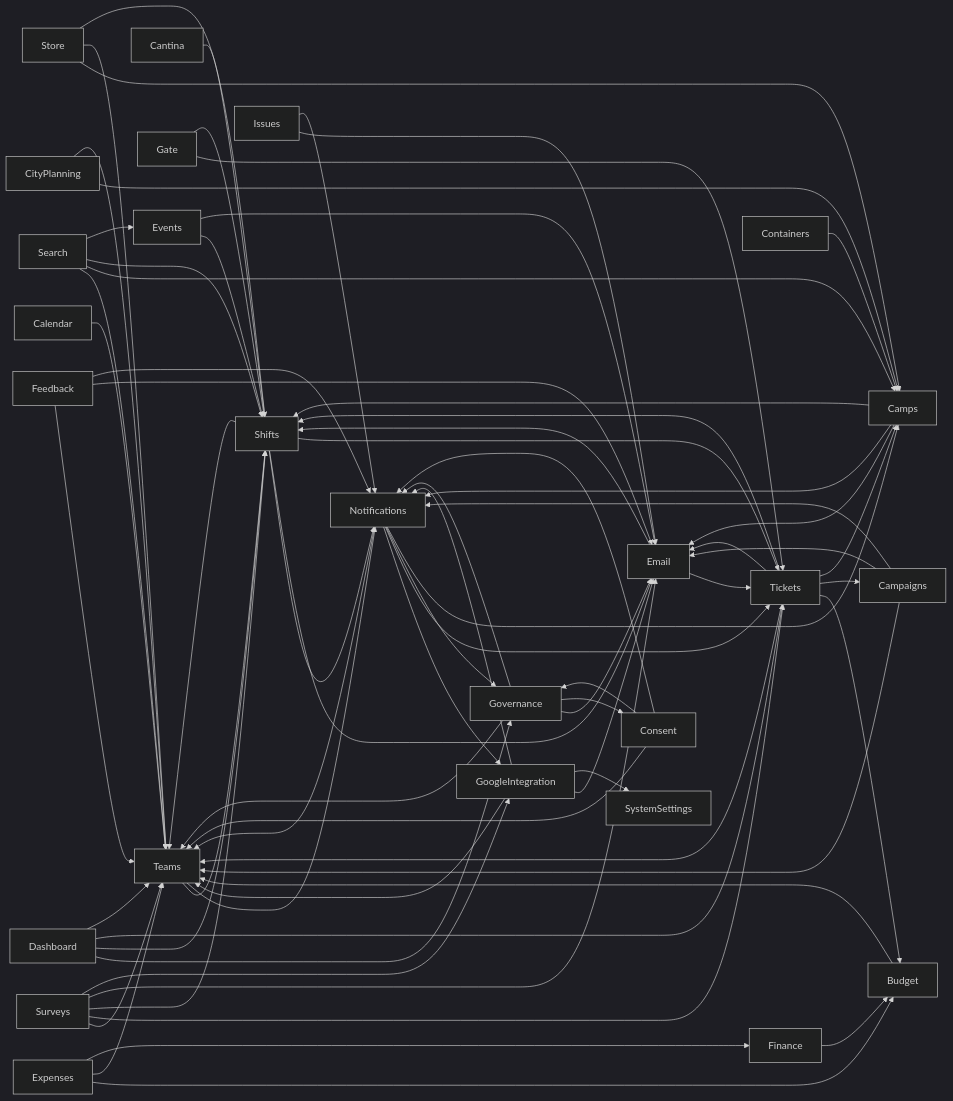
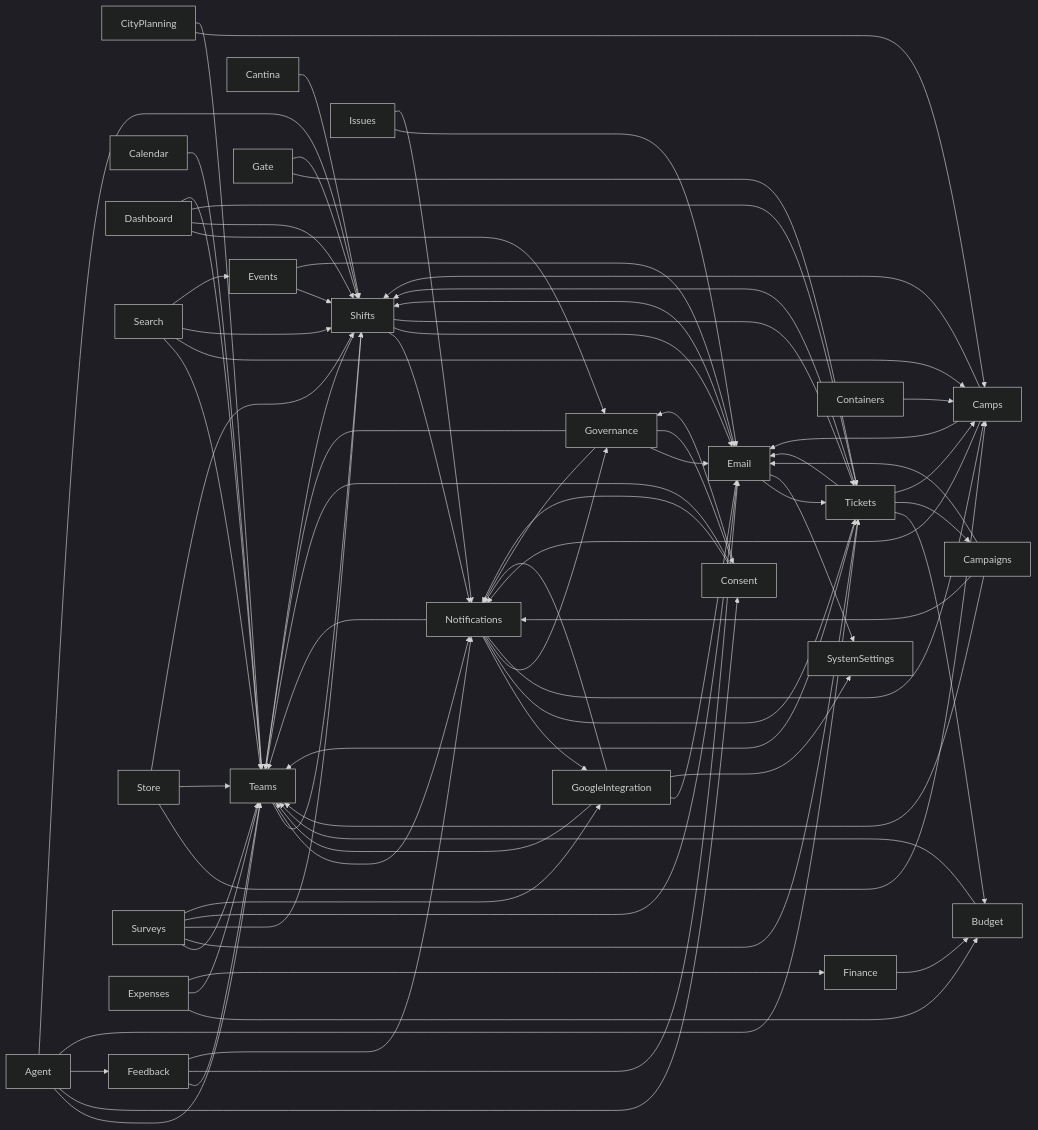
Before and after one commit to peterdrier/Humans: the diagram in docs/plans/2026-08-03-section-dependency-dag.md, drawn with Mermaid (dark theme). The commit also changed other lines of this file and 8 other files, not shown here.

````diff
--- a/docs/plans/2026-08-03-section-dependency-dag.md
+++ b/docs/plans/2026-08-03-section-dependency-dag.md
@@ -84,6 +87,7 @@
     EX[Expenses]
     CT[Containers]
     EM[Email]
+    AG[Agent]
 
     TM --> SH
     TM --> NT
@@ -156,4 +160,10 @@
     EM --> TK
     EV --> SH
     EV --> EM
+    AG --> TM
+    AG --> CS
+    AG --> FB
+    AG --> TK
+    AG --> SH
+    EM --> SS
 ```
````
